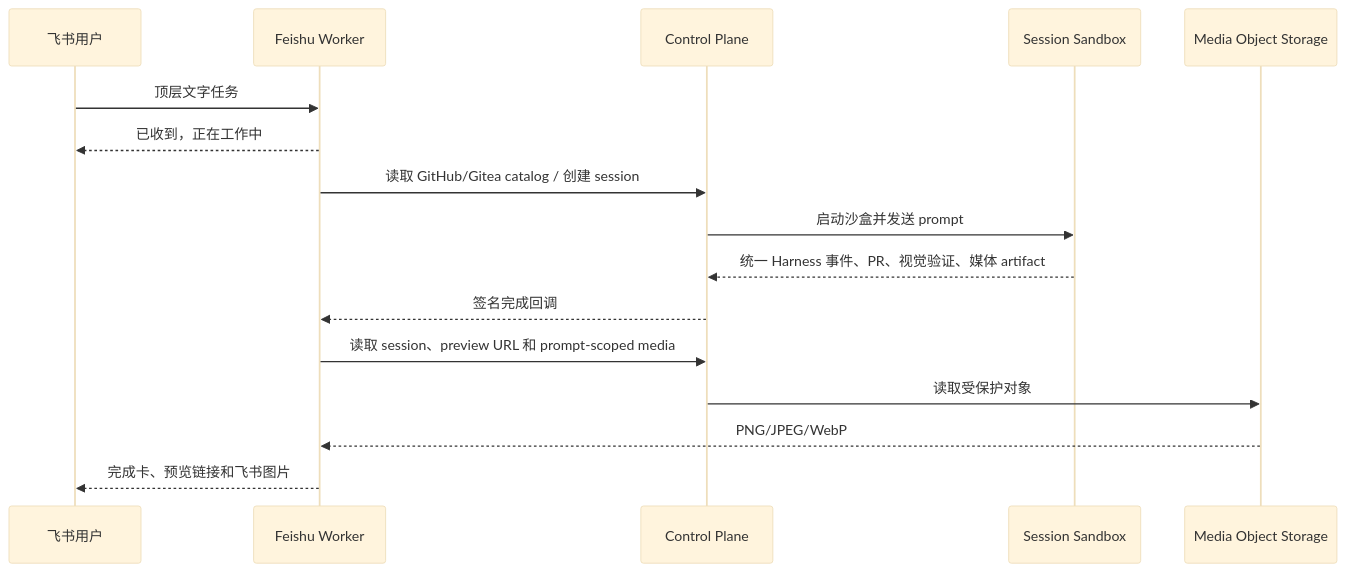
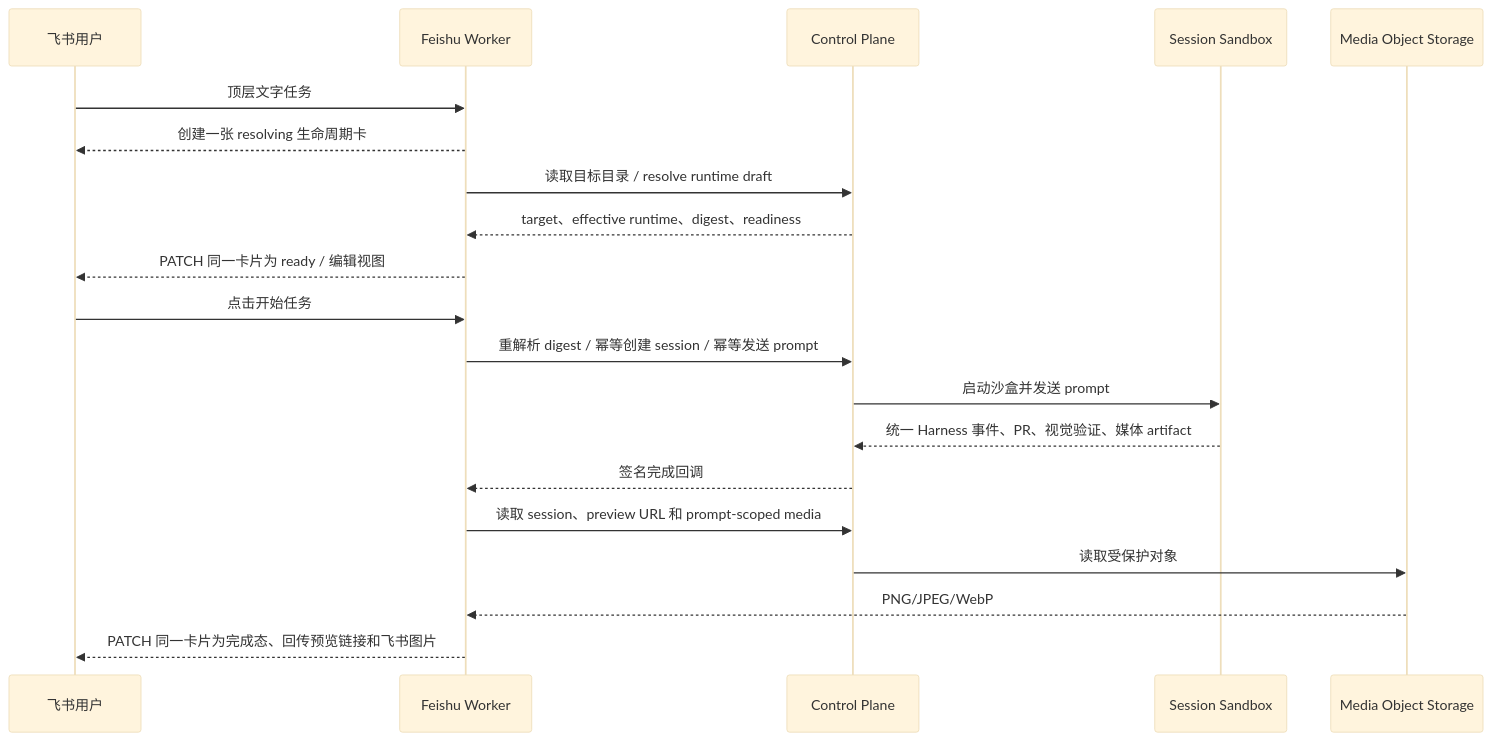
The diagram in docs/integrations/FEISHU.md (summersmile1984/background-agents), drawn with Mermaid (base theme) before and after one commit. The commit also changed other lines of this file and 96 other files, not shown here.

````diff
--- a/docs/integrations/FEISHU.md
+++ b/docs/integrations/FEISHU.md
@@ -57,18 +76,22 @@
 ```mermaid
 sequenceDiagram
   participant U as 飞书用户
   participant F as Feishu Worker
   participant C as Control Plane
   participant S as Session Sandbox
   participant O as Media Object Storage
   U->>F: 顶层文字任务
-  F-->>U: 已收到，正在工作中
-  F->>C: 读取 GitHub/Gitea catalog / 创建 session
+  F-->>U: 创建一张 resolving 生命周期卡
+  F->>C: 读取目标目录 / resolve runtime draft
+  C-->>F: target、effective runtime、digest、readiness
+  F-->>U: PATCH 同一卡片为 ready / 编辑视图
+  U->>F: 点击开始任务
+  F->>C: 重解析 digest / 幂等创建 session / 幂等发送 prompt
   C->>S: 启动沙盒并发送 prompt
   S-->>C: 统一 Harness 事件、PR、视觉验证、媒体 artifact
   C-->>F: 签名完成回调
   F->>C: 读取 session、preview URL 和 prompt-scoped media
   C->>O: 读取受保护对象
   O-->>F: PNG/JPEG/WebP
-  F-->>U: 完成卡、预览链接和飞书图片
+  F-->>U: PATCH 同一卡片为完成态、回传预览链接和飞书图片
 ```
````
